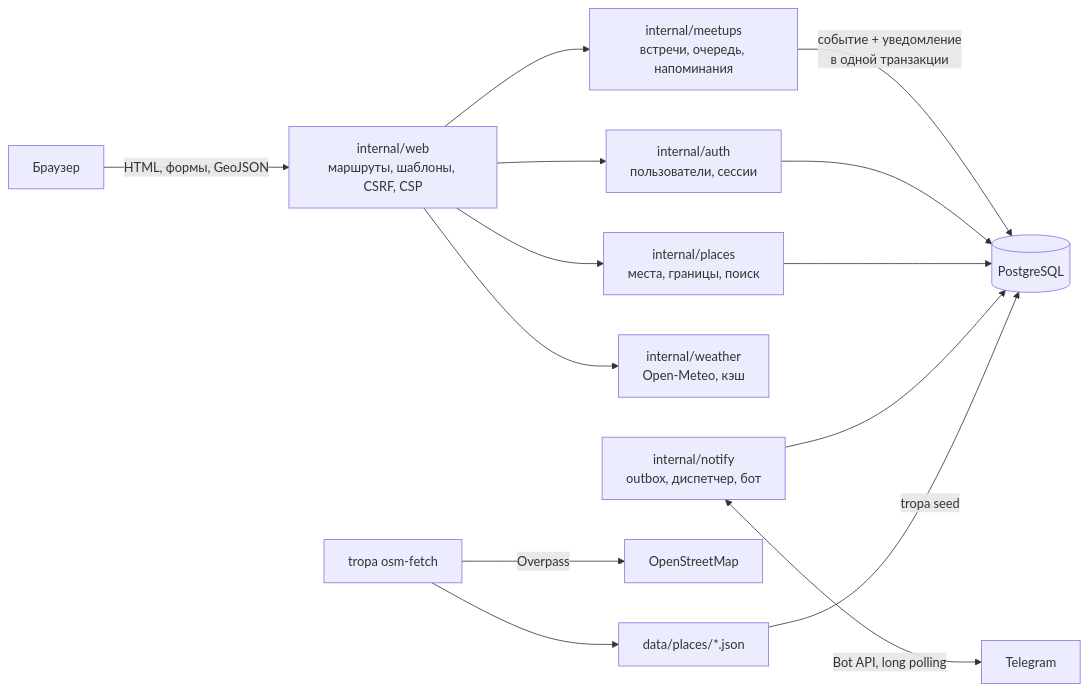
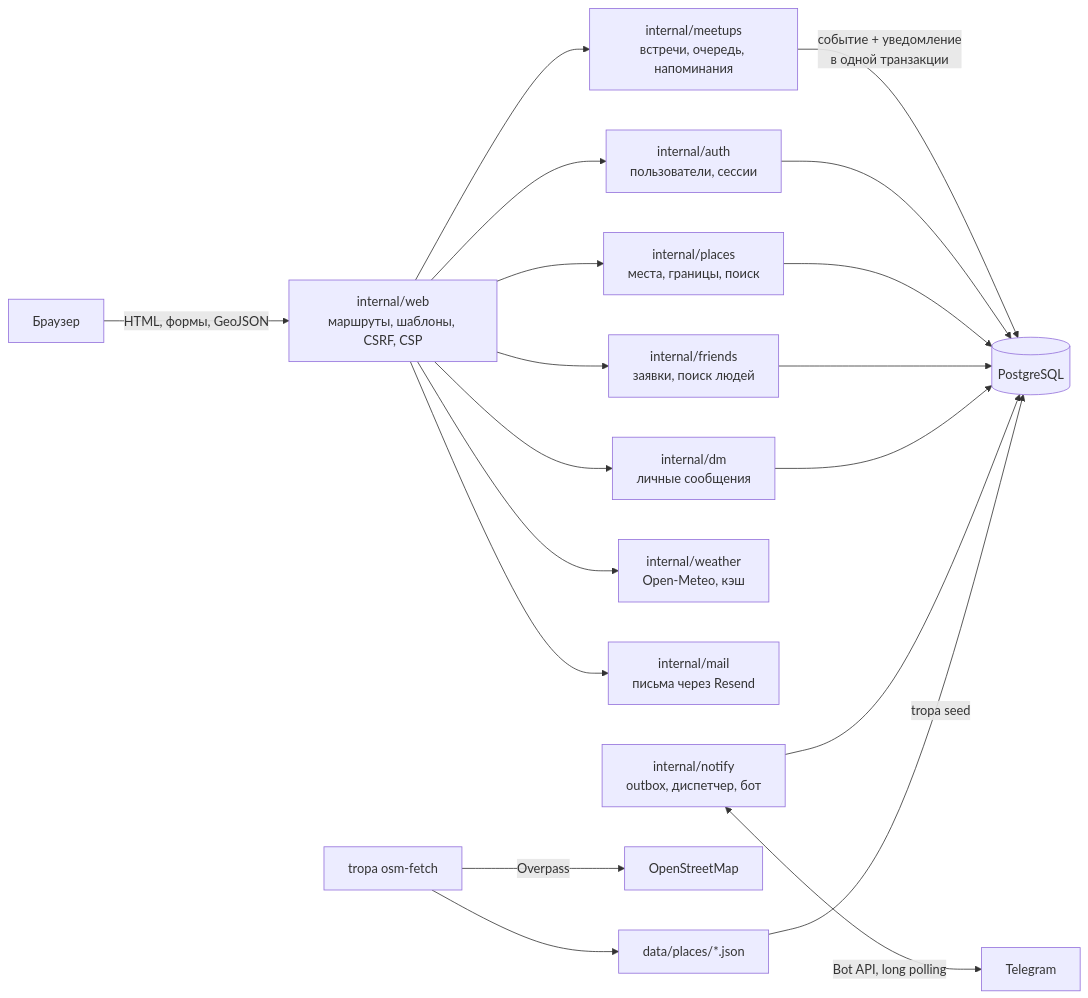
One commit to DarkIL1ght/tropa changed the diagram in README.md. Above: the diagram before and after it, drawn with Mermaid. The commit also changed other lines of this file, not shown here.

````diff
--- a/README.md
+++ b/README.md
@@ -30,15 +35,20 @@
 ```mermaid
 flowchart LR
   browser[Браузер] -->|HTML, формы, GeoJSON| web[internal/web<br>маршруты, шаблоны, CSRF, CSP]
   web --> auth[internal/auth<br>пользователи, сессии]
   web --> places[internal/places<br>места, границы, поиск]
   web --> meetups[internal/meetups<br>встречи, очередь, напоминания]
+  web --> friends[internal/friends<br>заявки, поиск людей]
+  web --> dm[internal/dm<br>личные сообщения]
   web --> weather[internal/weather<br>Open-Meteo, кэш]
+  web --> mail[internal/mail<br>письма через Resend]
   meetups -->|событие + уведомление<br>в одной транзакции| db[(PostgreSQL)]
   auth --> db
   places --> db
+  friends --> db
+  dm --> db
   notify[internal/notify<br>outbox, диспетчер, бот] --> db
   notify <-->|Bot API, long polling| tg[Telegram]
   osm[tropa osm-fetch] -->|Overpass| overpass[OpenStreetMap]
   osm --> files[data/places/*.json] -->|tropa seed| db
 ```
````
